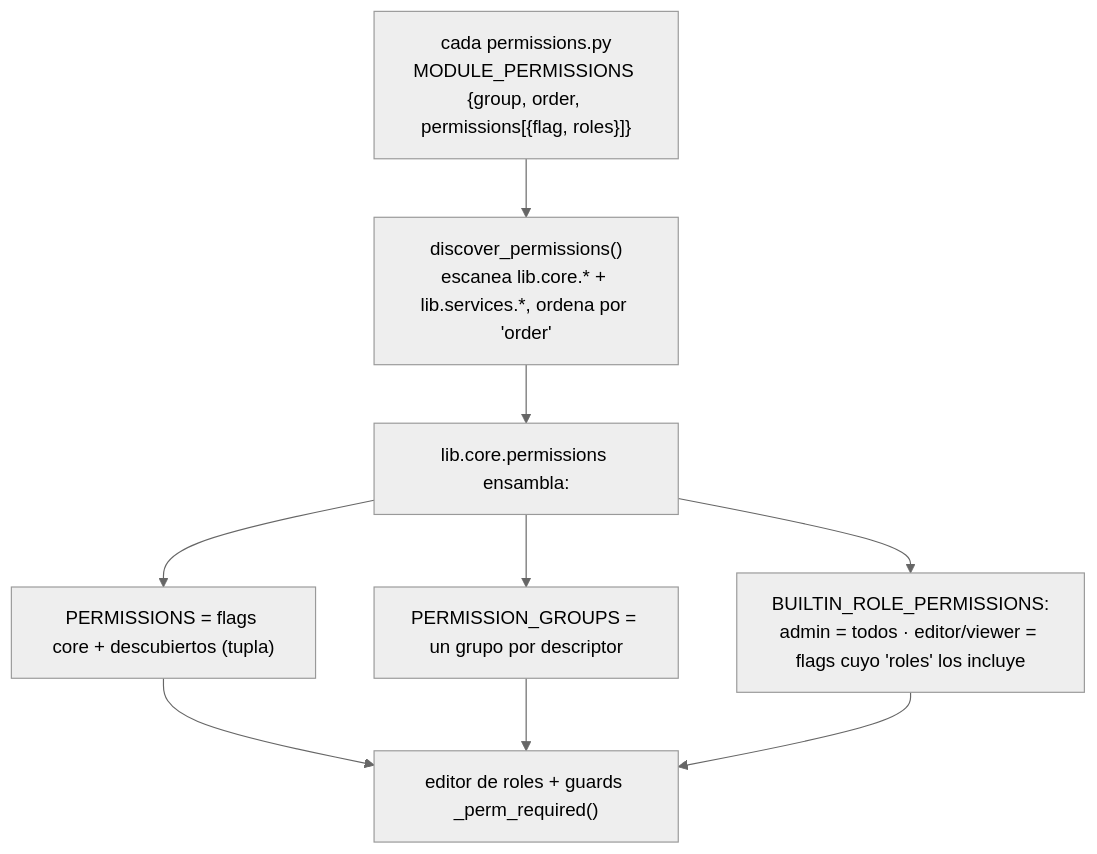
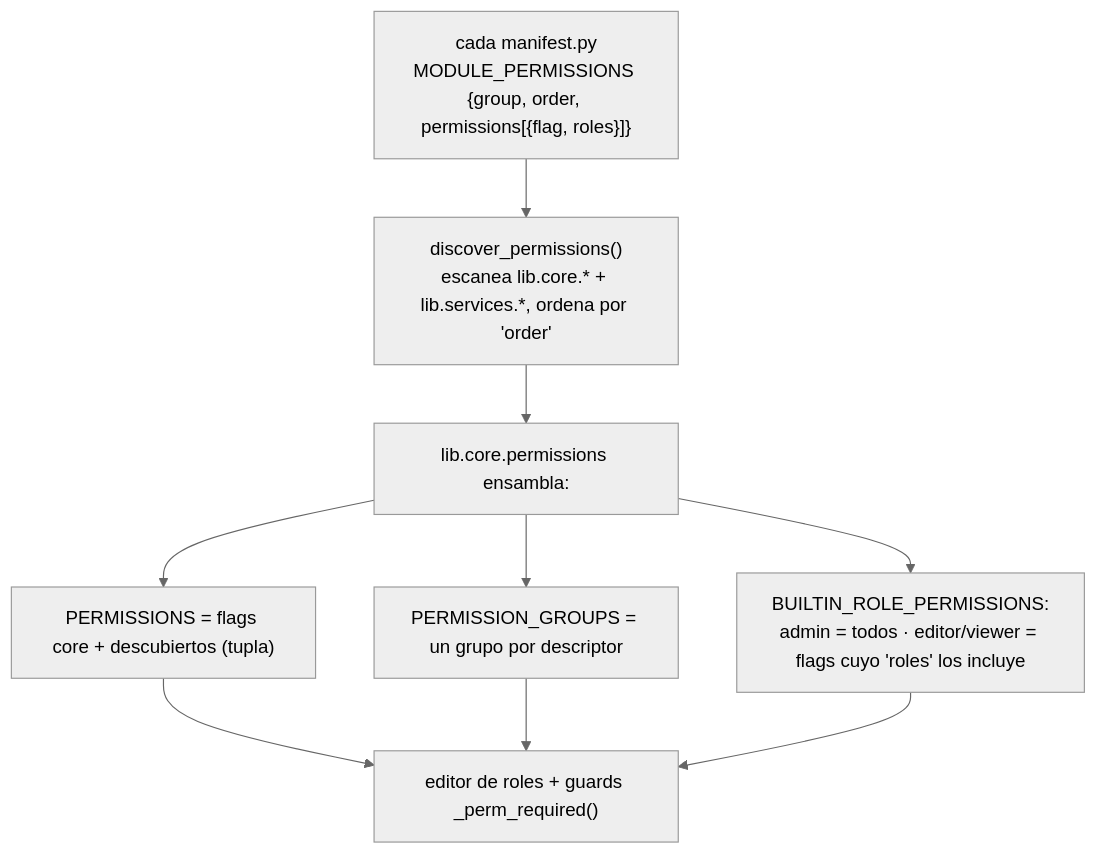
The second of 14 diagrams in docs/explica-descubrimiento.md (vsc55/ServiceSentry), drawn with Mermaid (neutral theme) before and after one commit. The commit also changed other lines of this file and 63 other files, not shown here.

````diff
--- a/docs/explica-descubrimiento.md
+++ b/docs/explica-descubrimiento.md
@@ -114,10 +114,10 @@
 ```mermaid
 flowchart TB
-    decl["cada permissions.py<br/>MODULE_PERMISSIONS {group, order, permissions[{flag, roles}]}"]
+    decl["cada manifest.py<br/>MODULE_PERMISSIONS {group, order, permissions[{flag, roles}]}"]
     decl --> disc["discover_permissions()<br/>escanea lib.core.* + lib.services.*, ordena por 'order'"]
     disc --> asm["lib.core.permissions ensambla:"]
     asm --> p1["PERMISSIONS = flags core + descubiertos (tupla)"]
     asm --> p2["PERMISSION_GROUPS = un grupo por descriptor"]
     asm --> p3["BUILTIN_ROLE_PERMISSIONS:<br/>admin = todos · editor/viewer = flags cuyo 'roles' los incluye"]
     p1 & p2 & p3 --> ui["editor de roles + guards _perm_required()"]
 ```
````
